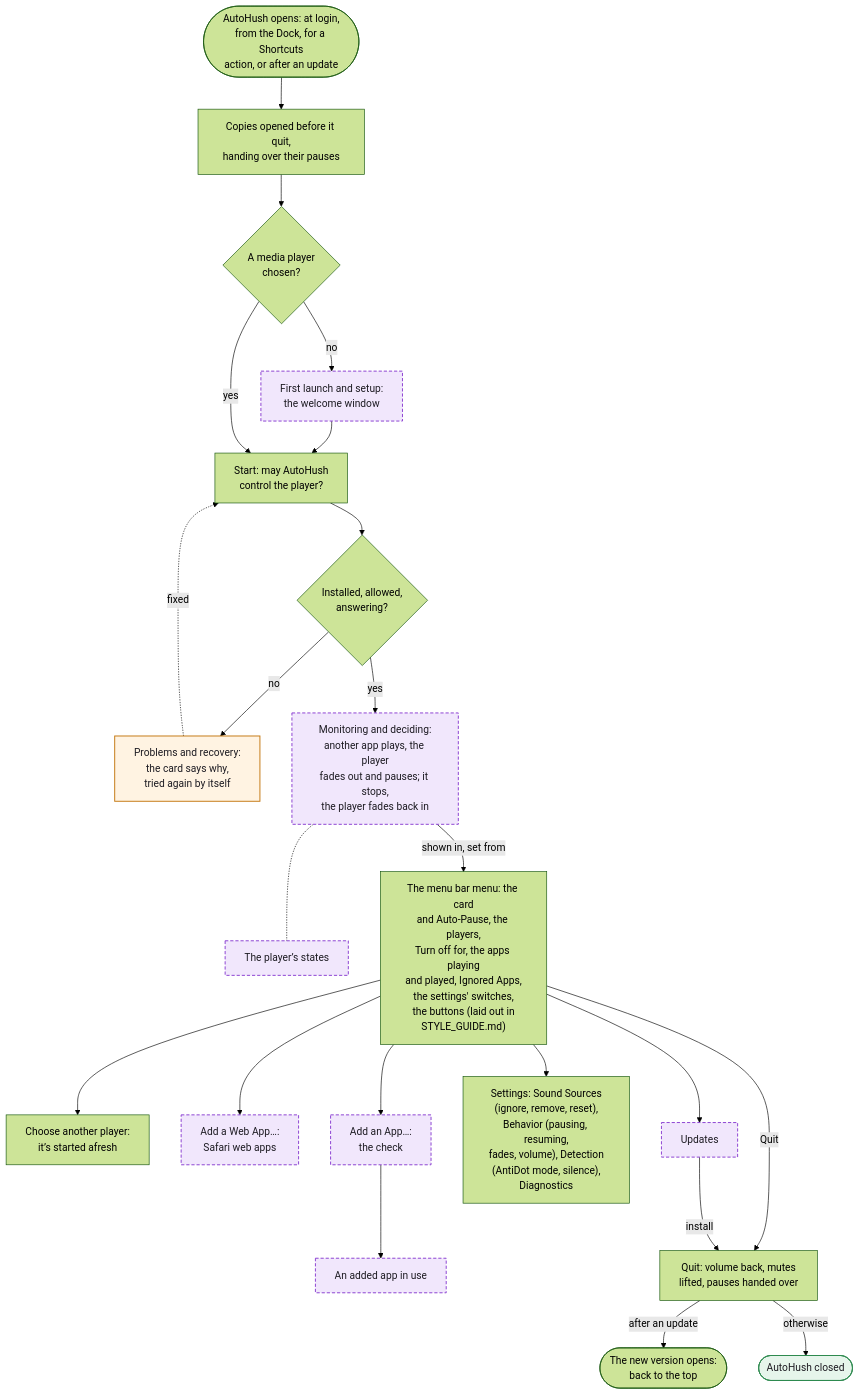
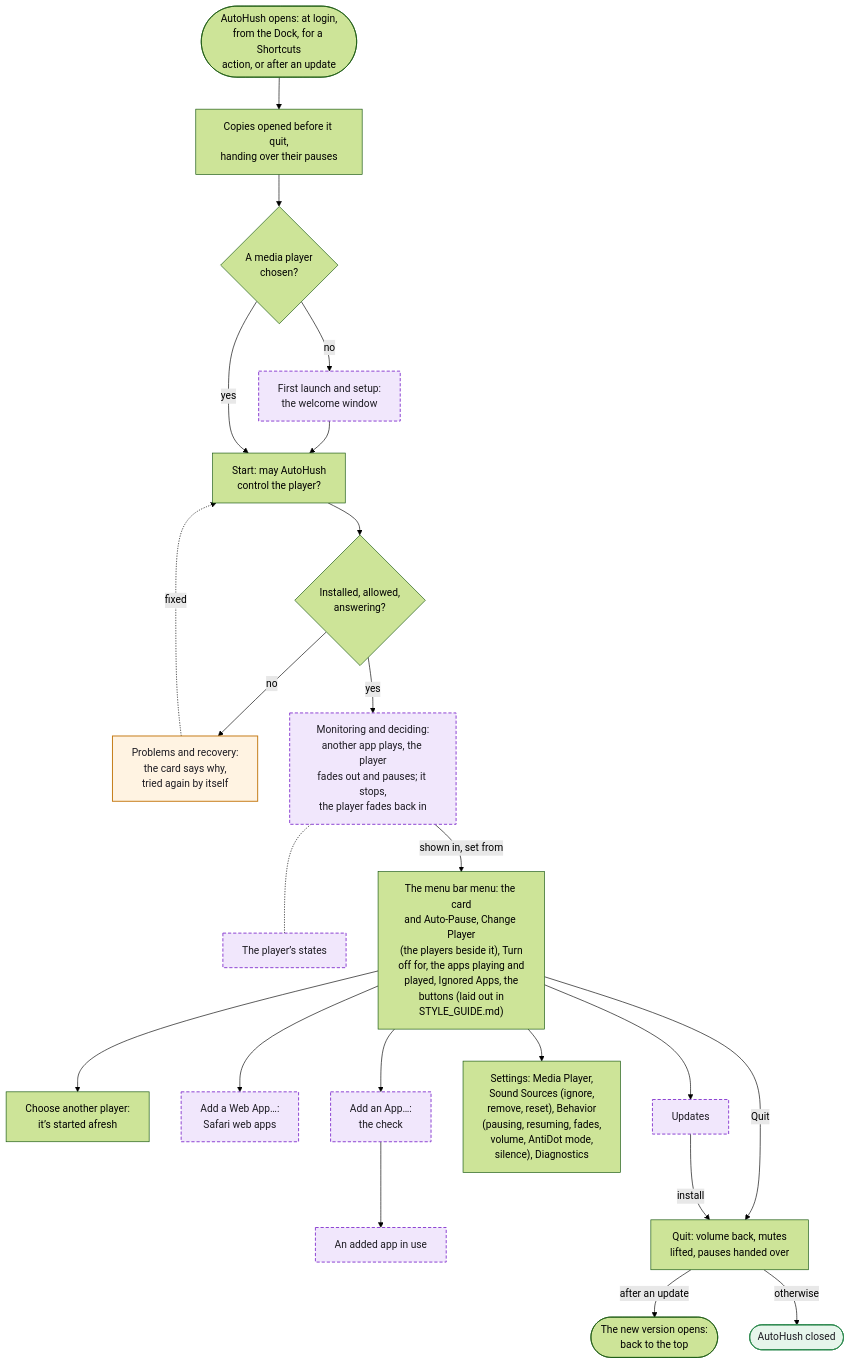
One commit to hfustercabre/AutoHush changed the first of 14 diagrams in WORKFLOWS.md. Above: the diagram before and after it, drawn with Mermaid (forest theme). The commit also changed other lines of this file and 54 other files, not shown here.

First line of the commit message:
feat: a shorter menu and simpler Settings

````diff
--- a/WORKFLOWS.md
+++ b/WORKFLOWS.md
@@ -24,48 +24,48 @@
 ```mermaid
 flowchart TD
   L(["AutoHush opens: at login,<br/>from the Dock, for a Shortcuts<br/>action, or after an update"])
   O["Copies opened before it quit,<br/>handing over their pauses"]
   C{"A media player<br/>chosen?"}
   W["First launch and setup:<br/>the welcome window"]
   S["Start: may AutoHush<br/>control the player?"]
   P{"Installed, allowed,<br/>answering?"}
   R["Problems and recovery:<br/>the card says why,<br/>tried again by itself"]
   M["Monitoring and deciding:<br/>another app plays, the player<br/>fades out and pauses; it stops,<br/>the player fades back in"]
   ST["The player’s states"]
-  MENU["The menu bar menu: the card<br/>and Auto-Pause, the players,<br/>Turn off for, the apps playing<br/>and played, Ignored Apps,<br/>the settings' switches,<br/>the buttons (laid out in<br/>STYLE_GUIDE.md)"]
+  MENU["The menu bar menu: the card<br/>and Auto-Pause, Change Player<br/>(the players beside it), Turn<br/>off for, the apps playing and<br/>played, Ignored Apps, the<br/>buttons (laid out in<br/>STYLE_GUIDE.md)"]
   CH["Choose another player:<br/>it’s started afresh"]
   WA["Add a Web App…:<br/>Safari web apps"]
   AA["Add an App…:<br/>the check"]
   AU["An added app in use"]
-  SET["Settings: Sound Sources<br/>(ignore, remove, reset),<br/>Behavior (pausing, resuming,<br/>fades, volume), Detection<br/>(AntiDot mode, silence),<br/>Diagnostics"]
+  SET["Settings: Media Player,<br/>Sound Sources (ignore,<br/>remove, reset), Behavior<br/>(pausing, resuming, fades,<br/>volume, AntiDot mode,<br/>silence), Diagnostics"]
   UP["Updates"]
   Q["Quit: volume back, mutes<br/>lifted, pauses handed over"]
   RL(["The new version opens:<br/>back to the top"])
   QX(["AutoHush closed"])
 
   L --> O --> C
   C -->|"no"| W --> S
   C -->|"yes"| S
   S --> P
   P -->|"no"| R
   R -.->|"fixed"| S
   P -->|"yes"| M
   M -.- ST
   M -->|"shown in, set from"| MENU
   MENU --> CH
   MENU --> WA
   MENU --> AA --> AU
   MENU --> SET
   MENU --> UP
   MENU -->|"Quit"| Q
   UP -->|"install"| Q
   Q -->|"after an update"| RL
   Q -->|"otherwise"| QX
 
   class W,M,ST,WA,AA,AU,UP ref
   class R warn
   class QX done
   classDef ref fill:#f1e7fc,stroke:#8a3fd1,stroke-width:1.5px,stroke-dasharray: 5 3,color:#1d1b22
   classDef warn fill:#fff3e2,stroke:#c47812,stroke-width:1.5px,color:#1d1b22
   classDef done fill:#e6f5eb,stroke:#2f8a50,stroke-width:1.5px,color:#1d1b22
 ```
````
